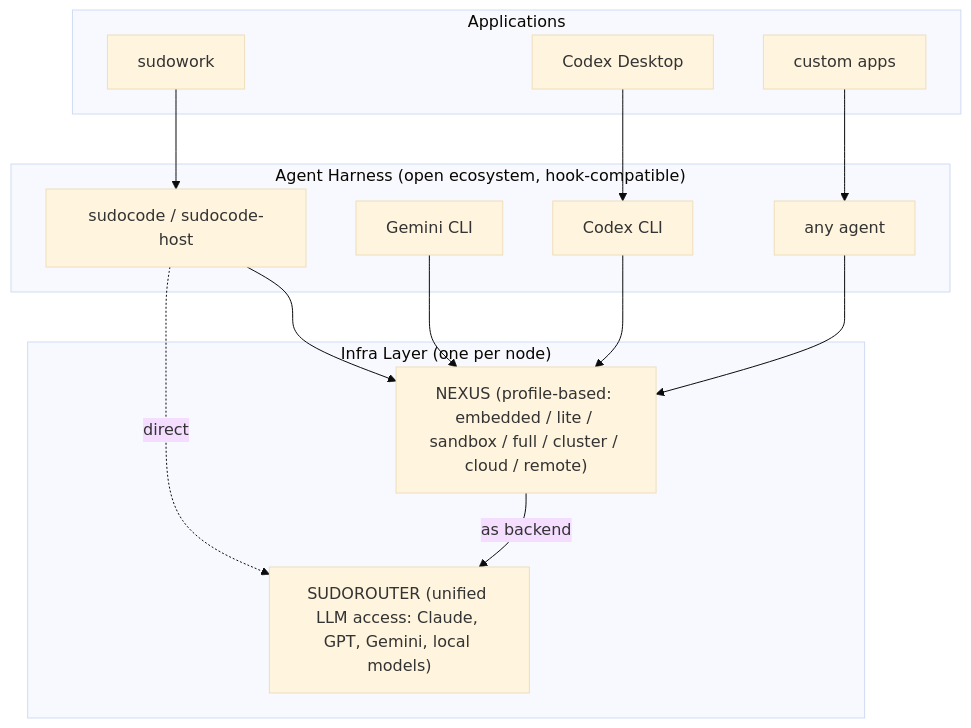
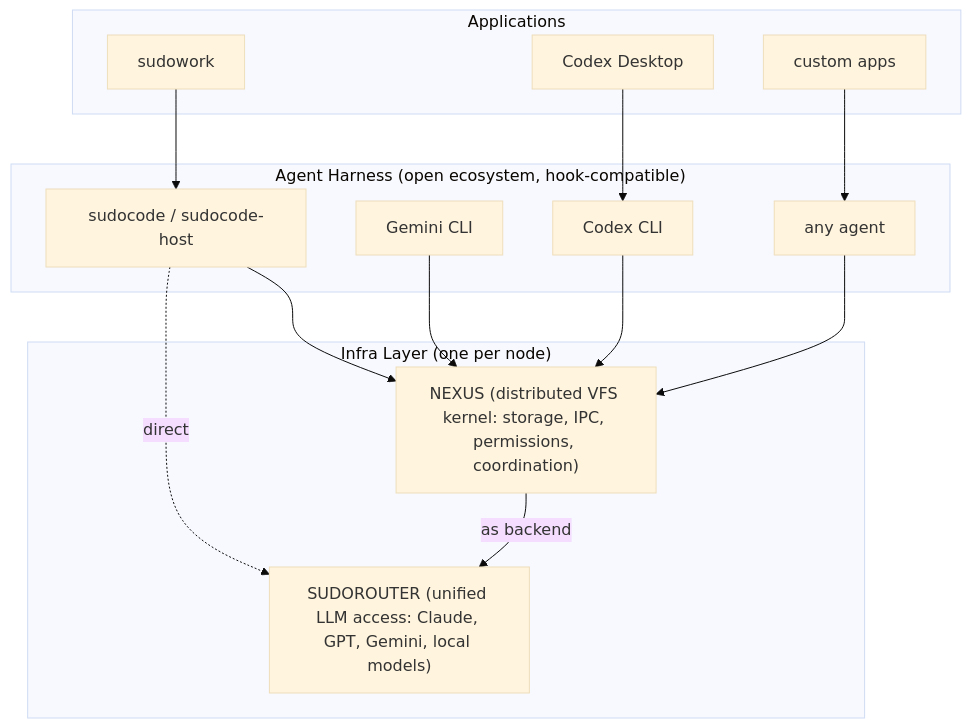
The first of 2 diagrams in README.md (nexi-lab/nexus), drawn with Mermaid (base theme) before and after one commit.

Commit message:
docs(readme): clarify NEXUS purpose in diagram — distributed VFS kernel
Replace profile list (embedded/lite/sandbox/...) with purpose
description (storage, IPC, permissions, coordination). Profile details
already covered in the topology table below.

````diff
--- a/README.md
+++ b/README.md
@@ -68,30 +68,30 @@
 ```mermaid
 graph TD
     subgraph Applications
         SW[sudowork]
         CD[Codex Desktop]
         CA[custom apps]
     end
 
     subgraph Agent_Harness ["Agent Harness (open ecosystem, hook-compatible)"]
         SC[sudocode / sudocode-host]
         GC[Gemini CLI]
         CX[Codex CLI]
         AH[any agent]
     end
 
     subgraph Infra ["Infra Layer (one per node)"]
-        NX["NEXUS (profile-based: embedded / lite / sandbox / full / cluster / cloud / remote)"]
+        NX["NEXUS (distributed VFS kernel: storage, IPC, permissions, coordination)"]
         SR["SUDOROUTER (unified LLM access: Claude, GPT, Gemini, local models)"]
     end
 
     SW --> SC
     CD --> CX
     CA --> AH
     SC --> NX
     GC --> NX
     CX --> NX
     AH --> NX
     SC -.->|direct| SR
     NX -->|as backend| SR
 ```
````
